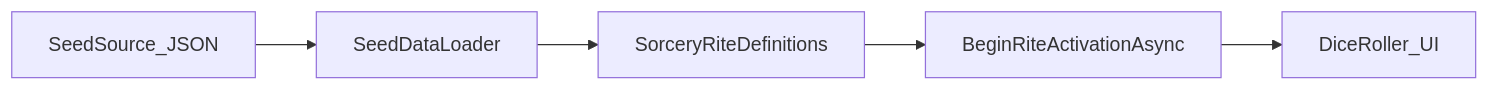
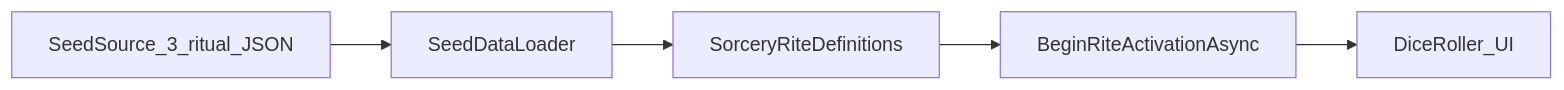
One commit to asafgolombek/RequiemNexus changed the diagram in docs/plan-blood-sorcery-audit-review.md. Above: the diagram before and after it, drawn with Mermaid. The commit also changed other lines of this file and 26 other files, not shown here.

````diff
--- a/docs/plan-blood-sorcery-audit-review.md
+++ b/docs/plan-blood-sorcery-audit-review.md
@@ -72,10 +72,10 @@
 ```mermaid
 flowchart LR
-  seed[SeedSource_JSON]
+  seed[SeedSource_3_ritual_JSON]
   loader[SeedDataLoader]
   db[SorceryRiteDefinitions]
   begin[BeginRiteActivationAsync]
   roller[DiceRoller_UI]
   seed --> loader --> db
   db --> begin --> roller
 ```
````
